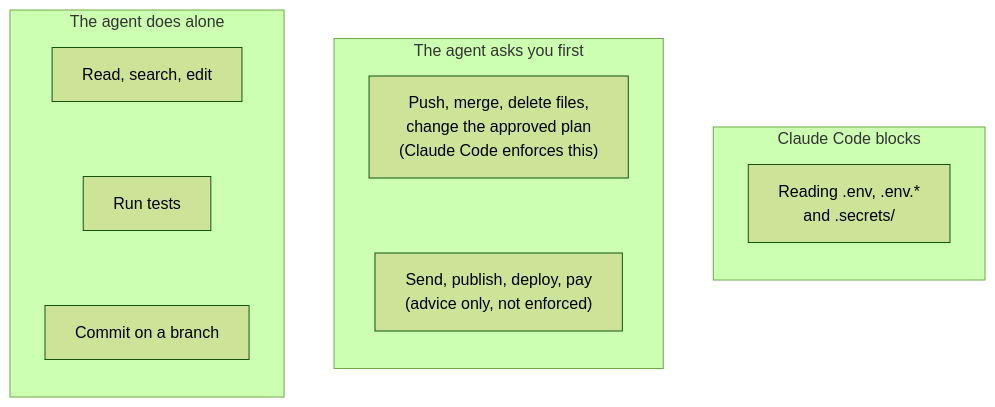
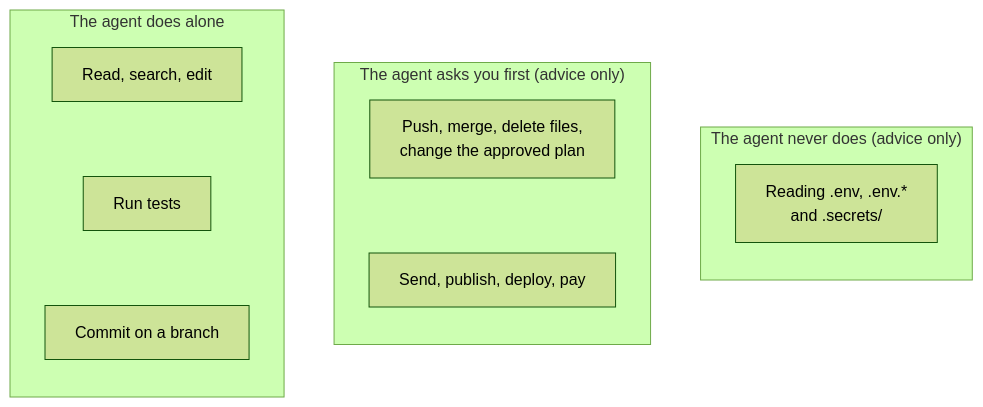
Before and after one commit to MyNameIsGlooboo/chief-prompt: the fourth of 5 diagrams in README.md, drawn with Mermaid (forest theme). The commit also changed other lines of this file and 13 other files, not shown here.

````diff
--- a/README.md
+++ b/README.md
@@ -84,16 +84,16 @@
 ```mermaid
 flowchart LR
     subgraph alone["The agent does alone"]
         direction TB
         a1["Read, search, edit"] ~~~ a2["Run tests"] ~~~ a3["Commit on a branch"]
     end
-    subgraph asks["The agent asks you first"]
+    subgraph asks["The agent asks you first (advice only)"]
         direction TB
-        b1["Push, merge, delete files,<br/>change the approved plan<br/>(Claude Code enforces this)"] ~~~ b2["Send, publish, deploy, pay<br/>(advice only, not enforced)"]
+        b1["Push, merge, delete files,<br/>change the approved plan"] ~~~ b2["Send, publish, deploy, pay"]
     end
-    subgraph never["Claude Code blocks"]
+    subgraph never["The agent never does (advice only)"]
         direction TB
         c1["Reading .env, .env.*<br/>and .secrets/"]
     end
     alone ~~~ asks ~~~ never
 ```
````
